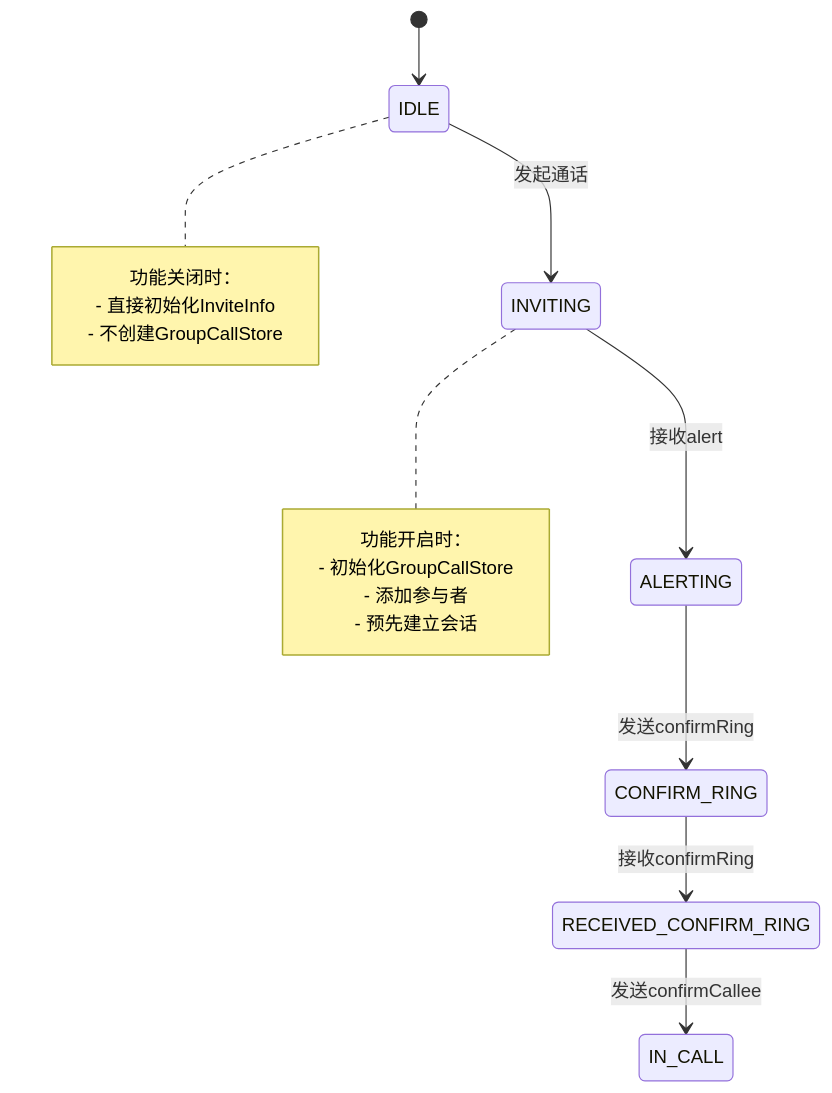
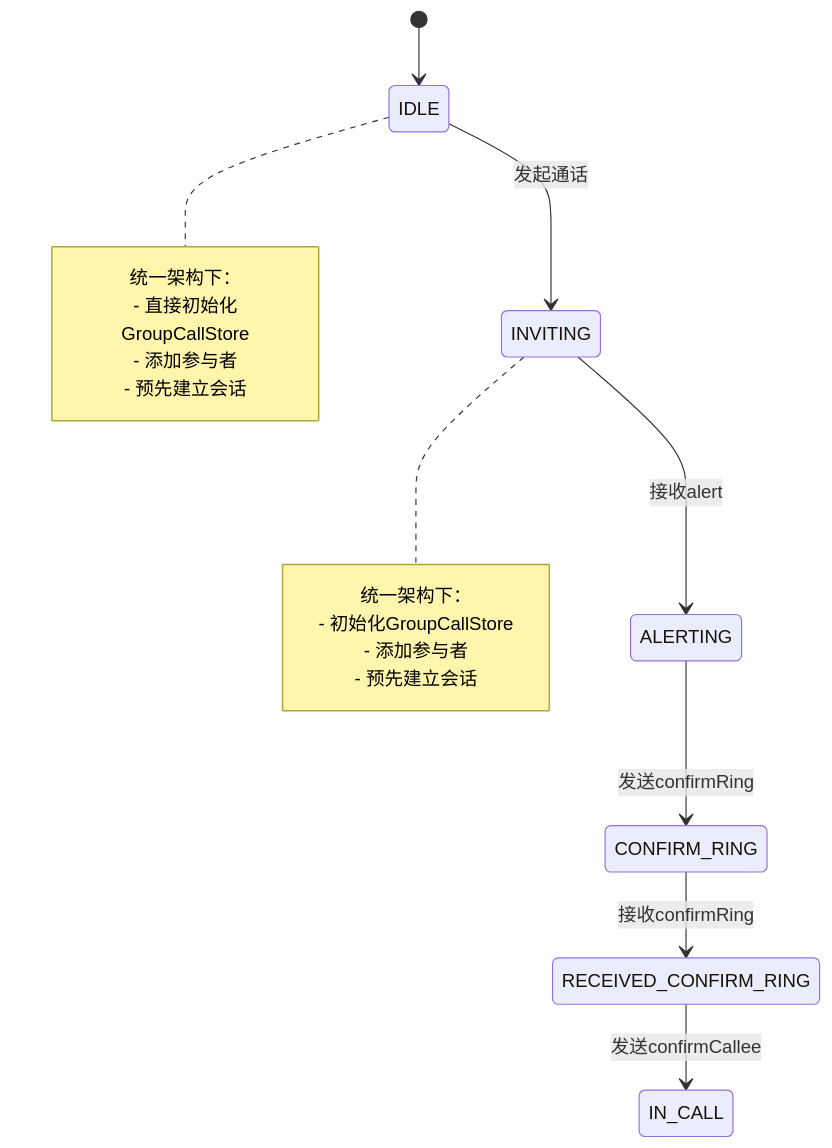
One commit to Easemob-Community/easemob-uikit-callkit-vue3 changed the seventh of 8 diagrams in .qoder/repowiki/zh/content/高级功能/功能开关系统.md. Above: the diagram before and after it, drawn with Mermaid. The commit also changed other lines of this file and 40 other files, not shown here.

````diff
--- a/.qoder/repowiki/zh/content/高级功能/功能开关系统.md
+++ b/.qoder/repowiki/zh/content/高级功能/功能开关系统.md
@@ -271,20 +311,21 @@
 ```mermaid
 stateDiagram-v2
 [*] --> IDLE
 IDLE --> INVITING : 发起通话
 INVITING --> ALERTING : 接收alert
 ALERTING --> CONFIRM_RING : 发送confirmRing
 CONFIRM_RING --> RECEIVED_CONFIRM_RING : 接收confirmRing
 RECEIVED_CONFIRM_RING --> IN_CALL : 发送confirmCallee
 note right of IDLE
-功能关闭时：
-- 直接初始化InviteInfo
-- 不创建GroupCallStore
+统一架构下：
+- 直接初始化GroupCallStore
+- 添加参与者
+- 预先建立会话
 end note
 note right of INVITING
-功能开启时：
+统一架构下：
 - 初始化GroupCallStore
 - 添加参与者
 - 预先建立会话
 end note
 ```
````
